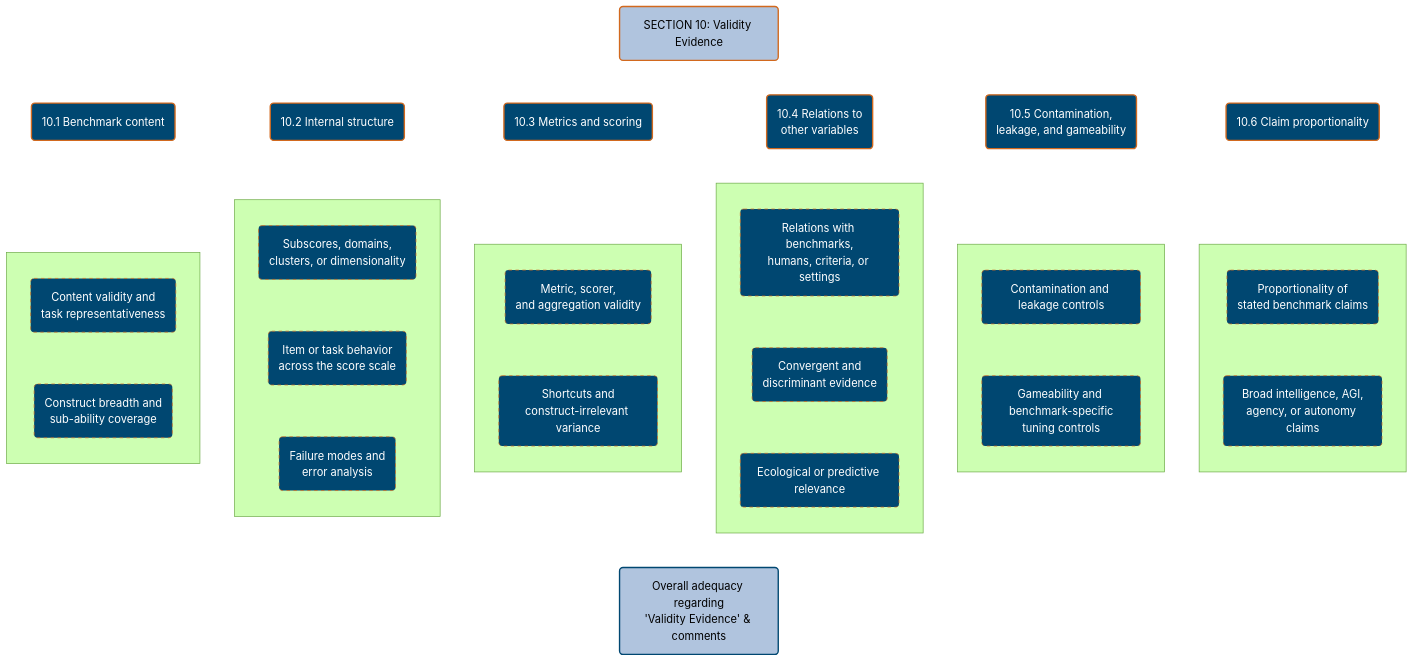
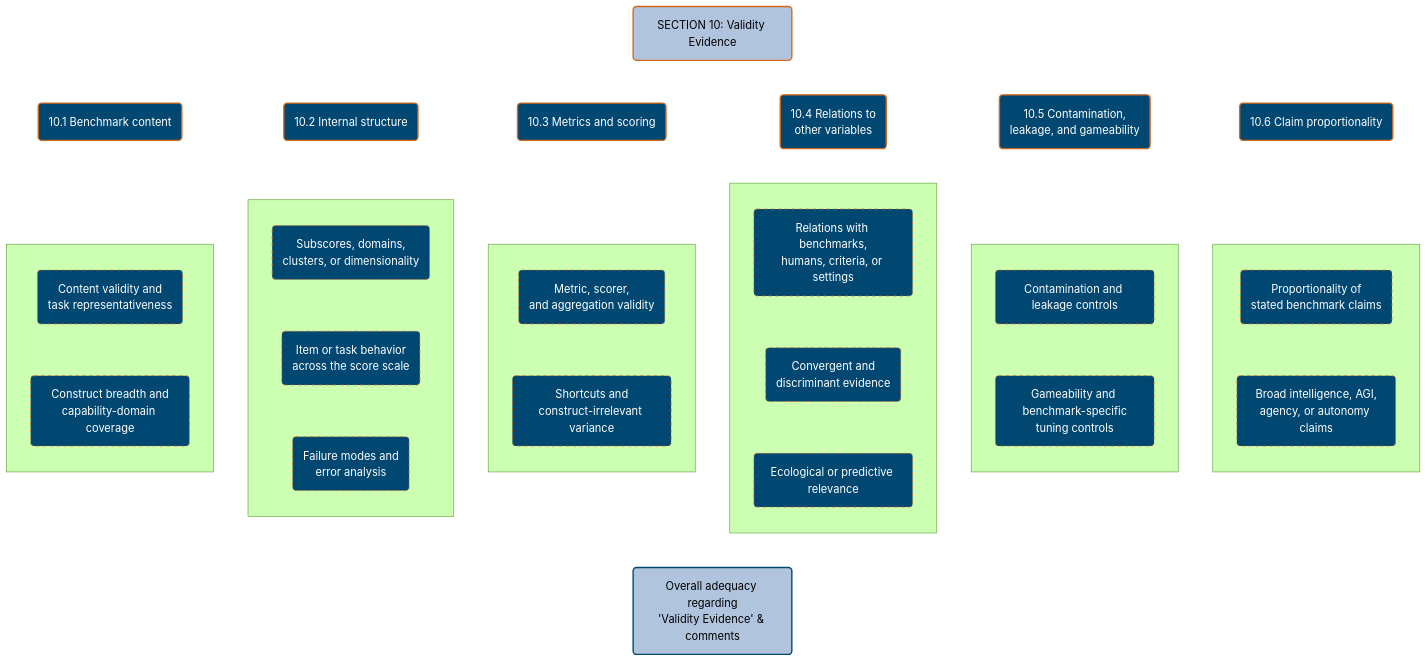
The fourth of 5 diagrams in markdown/MESA EFPA template official.md (MyLittleFoxxie/MESA-meta-evaluation-standard-for-ai), drawn with Mermaid (forest theme) before and after one commit. The commit also changed other lines of this file and 2 other files, not shown here.

```diff
--- a/markdown/MESA EFPA template official.md
+++ b/markdown/MESA EFPA template official.md
@@ -1677,7 +1837,7 @@
     subgraph G101 [" "]
         direction TB
         D101a("Content validity and<br/>task representativeness")
-        D101b("Construct breadth and<br/>sub-ability coverage")
+        D101b("Construct breadth and<br/>capability-domain coverage")
         D101a ~~~ D101b
     end
 
```
